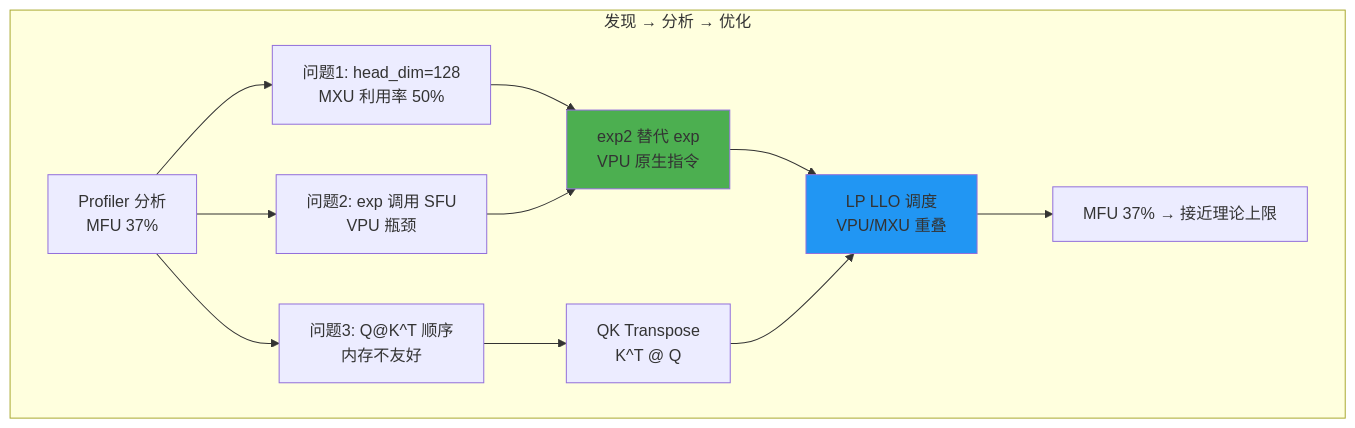
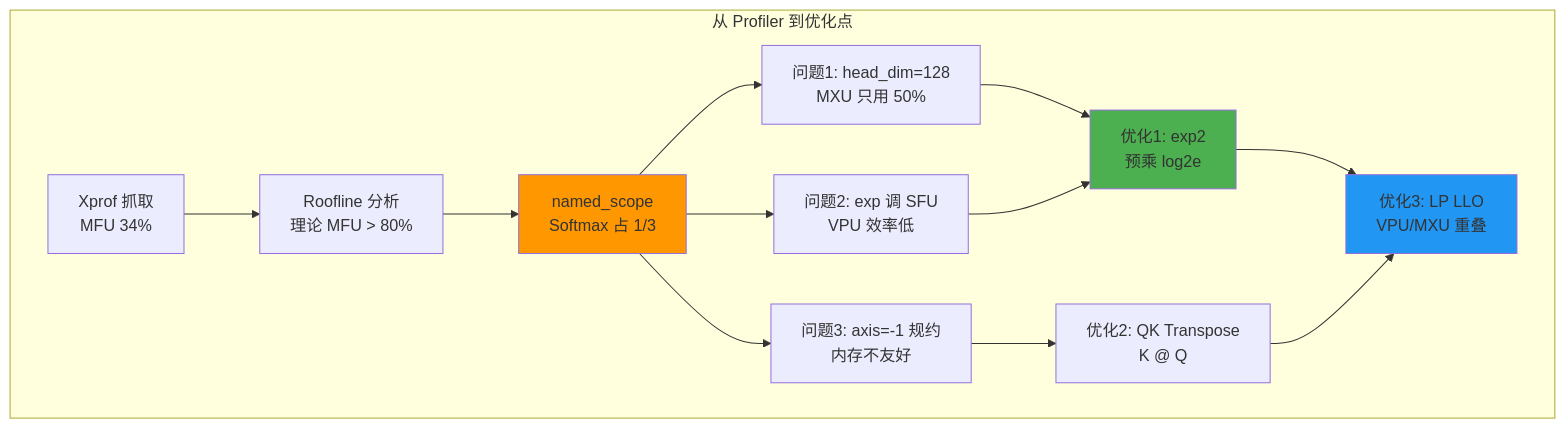
The eighth of 13 diagrams in tpu/Wan2.2/wan_tpu_optimization_guide.md (yangwhale/gpu-tpu-pedia), drawn with Mermaid before and after one commit. The commit also changed other lines of this file, not shown here.

````diff
--- a/tpu/Wan2.2/wan_tpu_optimization_guide.md
+++ b/tpu/Wan2.2/wan_tpu_optimization_guide.md
@@ -439,26 +557,26 @@
 ```mermaid
 graph TB
-    subgraph "发现 → 分析 → 优化"
-        P1[Profiler 分析<br/>MFU 37%]
+    subgraph "从 Profiler 到优化点"
+        P1[Xprof 抓取<br/>MFU 34%]
+        P2[Roofline 分析<br/>理论 MFU > 80%]
+        P3[named_scope<br/>Softmax 占 1/3]
         
-        A1[问题1: head_dim=128<br/>MXU 利用率 50%]
-        A2[问题2: exp 调用 SFU<br/>VPU 瓶颈]
-        A3[问题3: Q@K^T 顺序<br/>内存不友好]
+        A1[问题1: head_dim=128<br/>MXU 只用 50%]
+        A2[问题2: exp 调 SFU<br/>VPU 效率低]
+        A3[问题3: axis=-1 规约<br/>内存不友好]
         
-        O1[exp2 替代 exp<br/>VPU 原生指令]
-        O2[QK Transpose<br/>K^T @ Q]
-        O3[LP LLO 调度<br/>VPU/MXU 重叠]
-        
-        R[MFU 37% → 接近理论上限]
+        O1[优化1: exp2<br/>预乘 log2e]
+        O2[优化2: QK Transpose<br/>K @ Q]
+        O3[优化3: LP LLO<br/>VPU/MXU 重叠]
     end
     
-    P1 --> A1 & A2 & A3
-    A1 --> O1
-    A2 --> O1
+    P1 --> P2 --> P3
+    P3 --> A1 & A2 & A3
+    A1 & A2 --> O1
     A3 --> O2
     O1 & O2 --> O3
-    O3 --> R
     
+    style P3 fill:#ff9800
     style O1 fill:#4caf50
     style O3 fill:#2196f3
 ```
````
